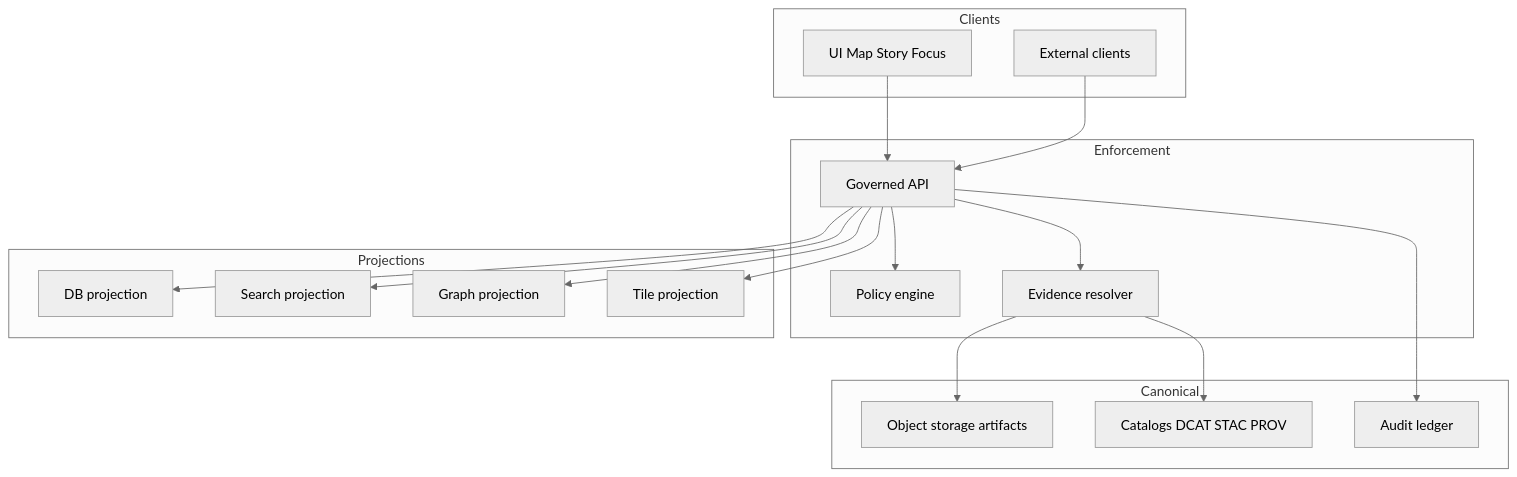
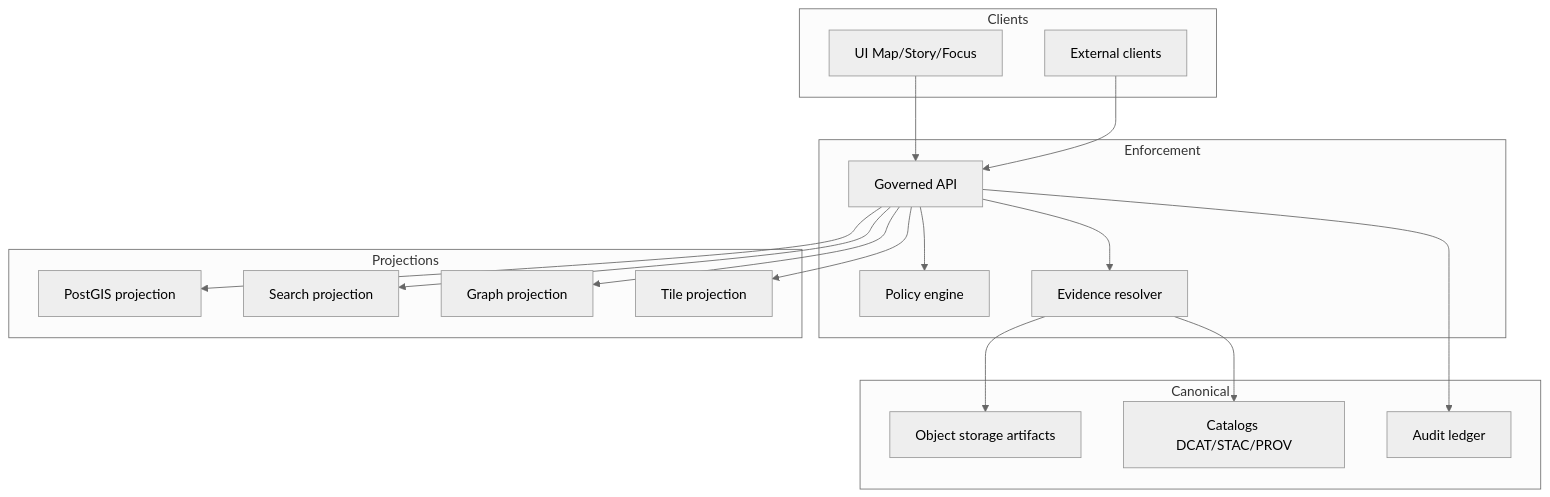
The second of 3 diagrams in README.md (bartytime4life/Kansas-Frontier-Matrix), drawn with Mermaid (neutral theme) before and after one commit. The commit also changed other lines of this file, not shown here.

````diff
--- a/README.md
+++ b/README.md
@@ -188,38 +134,38 @@
-~~~mermaid
+```mermaid
 flowchart TB
   subgraph Clients
-    UI[UI Map Story Focus]
+    UI[UI Map/Story/Focus]
     EXT[External clients]
   end
 
   subgraph Enforcement
     API[Governed API]
     POL[Policy engine]
     EV[Evidence resolver]
   end
 
   subgraph Canonical
     OBJ[Object storage artifacts]
-    CAT[Catalogs DCAT STAC PROV]
+    CAT[Catalogs DCAT/STAC/PROV]
     AUD[Audit ledger]
   end
 
   subgraph Projections
-    DB[DB projection]
+    DB[PostGIS projection]
     SRCH[Search projection]
     GR[Graph projection]
     TL[Tile projection]
   end
 
   UI --> API
   EXT --> API
   API --> POL
   API --> EV
   EV --> CAT
   EV --> OBJ
   API --> DB
   API --> SRCH
   API --> GR
   API --> TL
   API --> AUD
-~~~
+```
````
